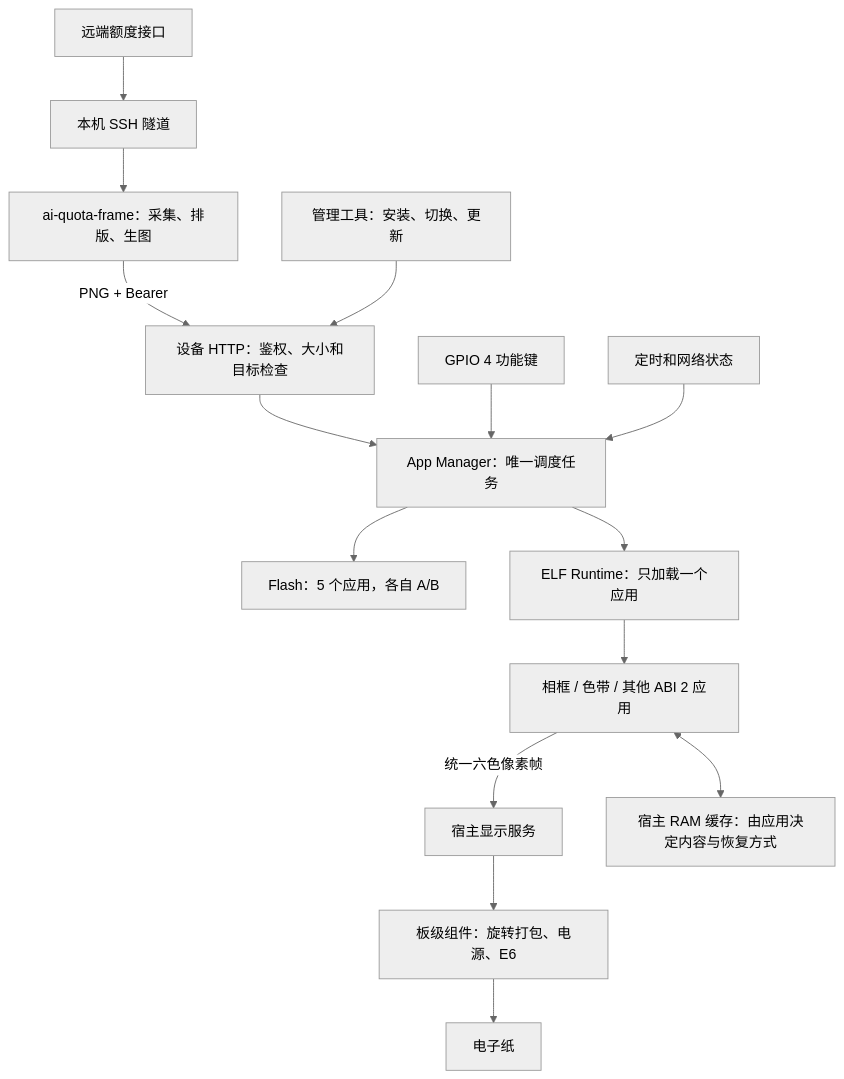
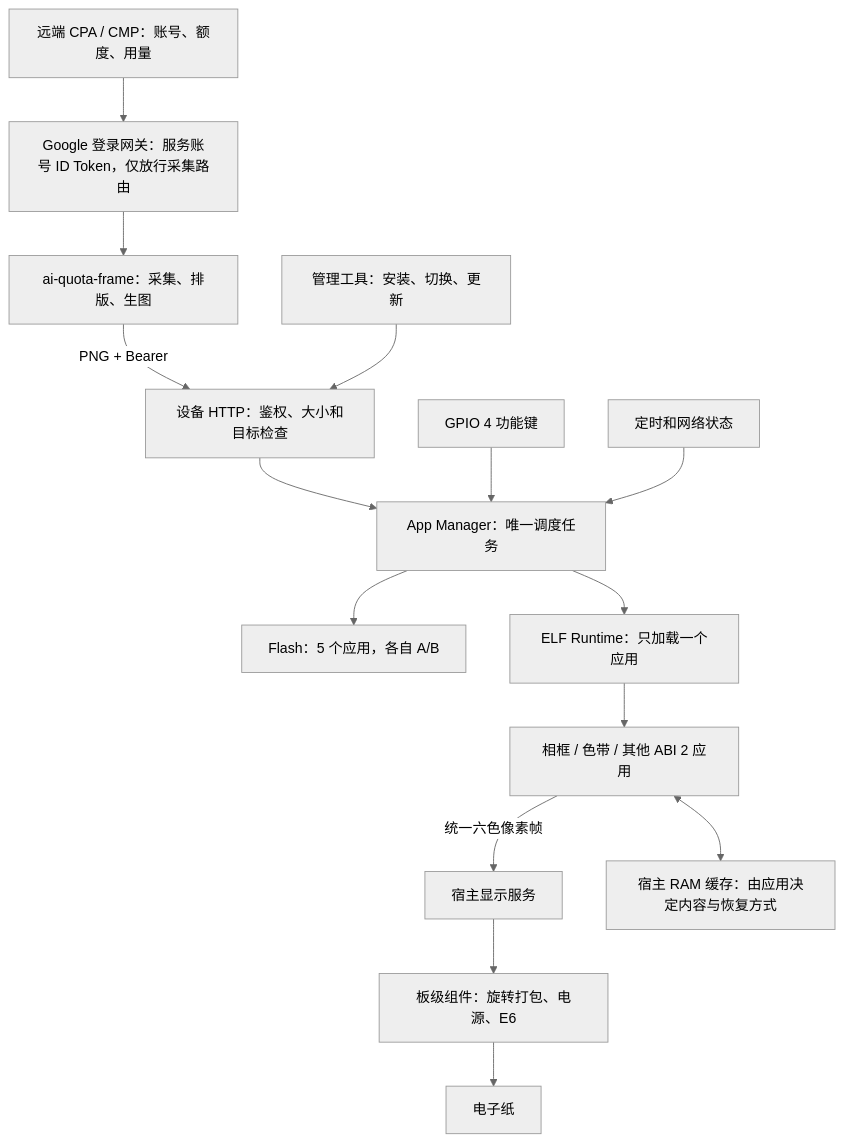
One commit to M1nt-Ch0c0/esp32s3 changed the first of 3 diagrams in ARCHITECTURE.md. Above: the diagram before and after it, drawn with Mermaid (neutral theme). The commit also changed other lines of this file and 1 other file, not shown here.

First line of the commit message:
docs: describe gateway data source and Windows deployment

````diff
--- a/ARCHITECTURE.md
+++ b/ARCHITECTURE.md
@@ -18,17 +18,17 @@
 ```mermaid
 flowchart TB
-    API[远端额度接口] --> Tunnel[本机 SSH 隧道]
-    Tunnel --> PC[ai-quota-frame：采集、排版、生图]
+    API[远端 CPA / CMP：账号、额度、用量] --> Gateway[Google 登录网关：服务账号 ID Token，仅放行采集路由]
+    Gateway --> PC[ai-quota-frame：采集、排版、生图]
     PC -->|PNG + Bearer| HTTP[设备 HTTP：鉴权、大小和目标检查]
     CLI[管理工具：安装、切换、更新] --> HTTP
     HTTP --> Manager[App Manager：唯一调度任务]
     Key[GPIO 4 功能键] --> Manager
     Events[定时和网络状态] --> Manager
     Manager --> Catalog[Flash：5 个应用，各自 A/B]
     Manager --> Loader[ELF Runtime：只加载一个应用]
     Loader --> App[相框 / 色带 / 其他 ABI 2 应用]
     App -->|统一六色像素帧| Services[宿主显示服务]
     Services --> Board[板级组件：旋转打包、电源、E6]
     Board --> Panel[电子纸]
     App <--> Cache[宿主 RAM 缓存：由应用决定内容与恢复方式]
 ```
````
